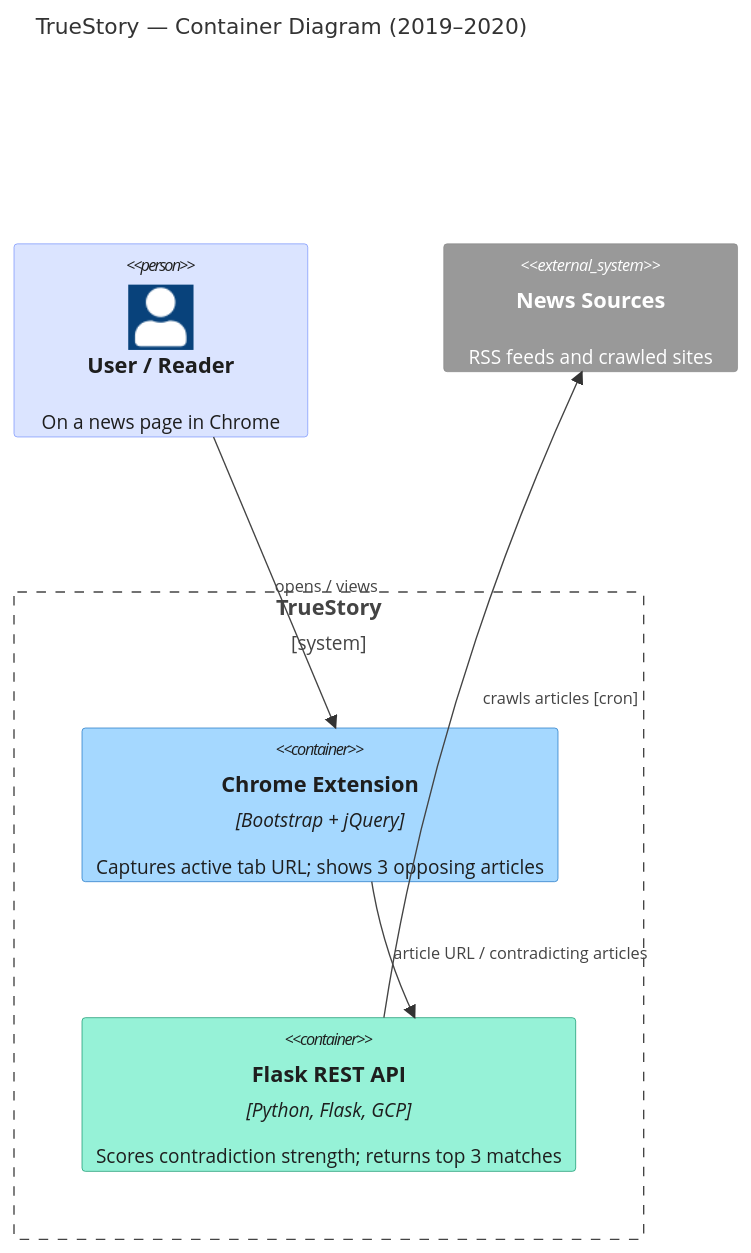
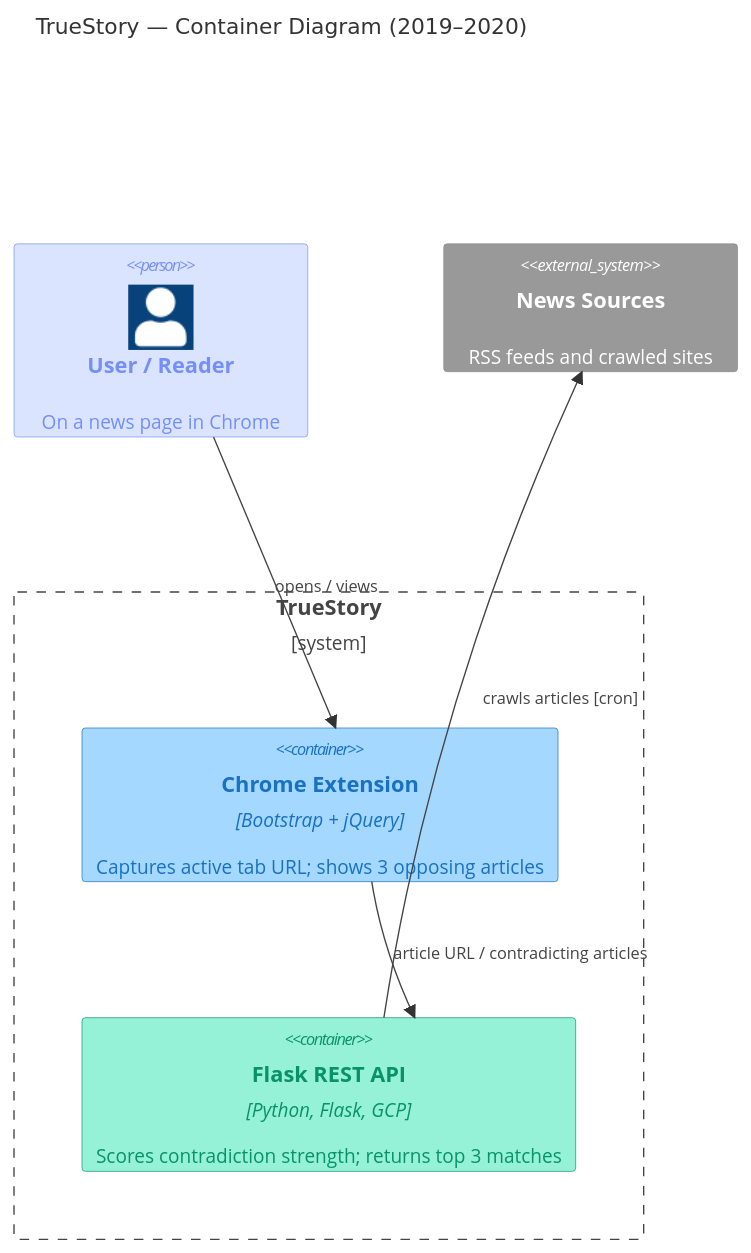
One commit to cmin764/portfolio changed the diagram in src/diagrams/truestory.md. Above: the diagram before and after it, drawn with Mermaid. The commit also changed 14 other files, not shown here.

First line of the commit message:
Add Robocorp RPA + Sema4.ai Action Server diagrams (#3)

````diff
--- a/src/diagrams/truestory.md
+++ b/src/diagrams/truestory.md
@@ -3,24 +3,24 @@
 ```mermaid
 C4Container
   title TrueStory — Container Diagram (2019–2020)
 
   Person(user, "User / Reader", "On a news page in Chrome")
 
   Boundary(truestory, "TrueStory", "system") {
     Container(ext, "Chrome Extension", "Bootstrap + jQuery", "Captures active tab URL; shows 3 opposing articles")
     Container(api, "Flask REST API", "Python, Flask, GCP", "Scores contradiction strength; returns top 3 matches")
   }
 
   System_Ext(news, "News Sources", "RSS feeds and crawled sites")
 
   Rel(user, ext, "opens / views")
   Rel(ext, api, "article URL / contradicting articles")
   %% api→news: dashed line + filled arrowhead in export (cron dependency, not async queue)
   Rel(api, news, "crawls articles [cron]")
 
-  UpdateElementStyle(user, $fontColor="#1e1e1e", $bgColor="#dbe4ff", $borderColor="#748ffc")
-  UpdateElementStyle(ext, $fontColor="#1e1e1e", $bgColor="#a5d8ff", $borderColor="#1971c2")
-  UpdateElementStyle(api, $fontColor="#1e1e1e", $bgColor="#96f2d7", $borderColor="#099268")
+  UpdateElementStyle(user, $fontColor="#748ffc", $bgColor="#dbe4ff", $borderColor="#748ffc")
+  UpdateElementStyle(ext, $fontColor="#1971c2", $bgColor="#a5d8ff", $borderColor="#1971c2")
+  UpdateElementStyle(api, $fontColor="#099268", $bgColor="#96f2d7", $borderColor="#099268")
 
   UpdateLayoutConfig($c4ShapeInRow="2", $c4BoundaryInRow="1")
 ```
````
